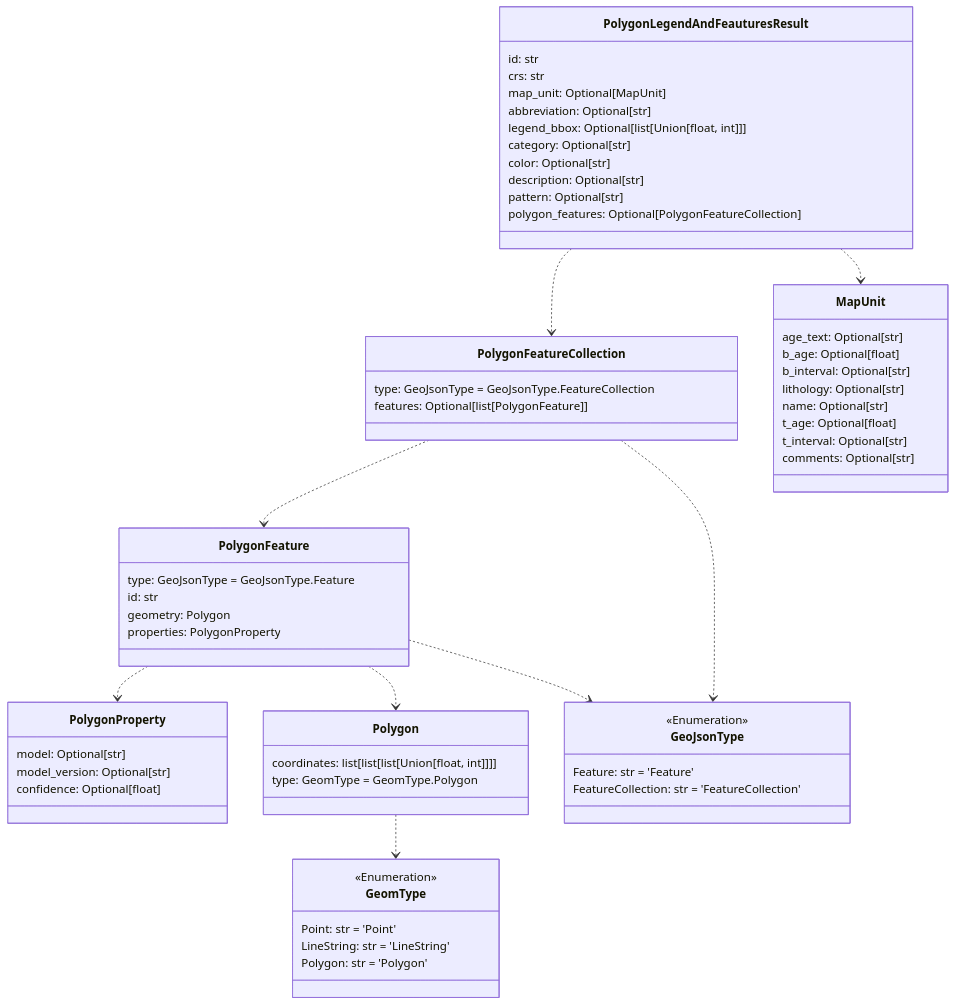
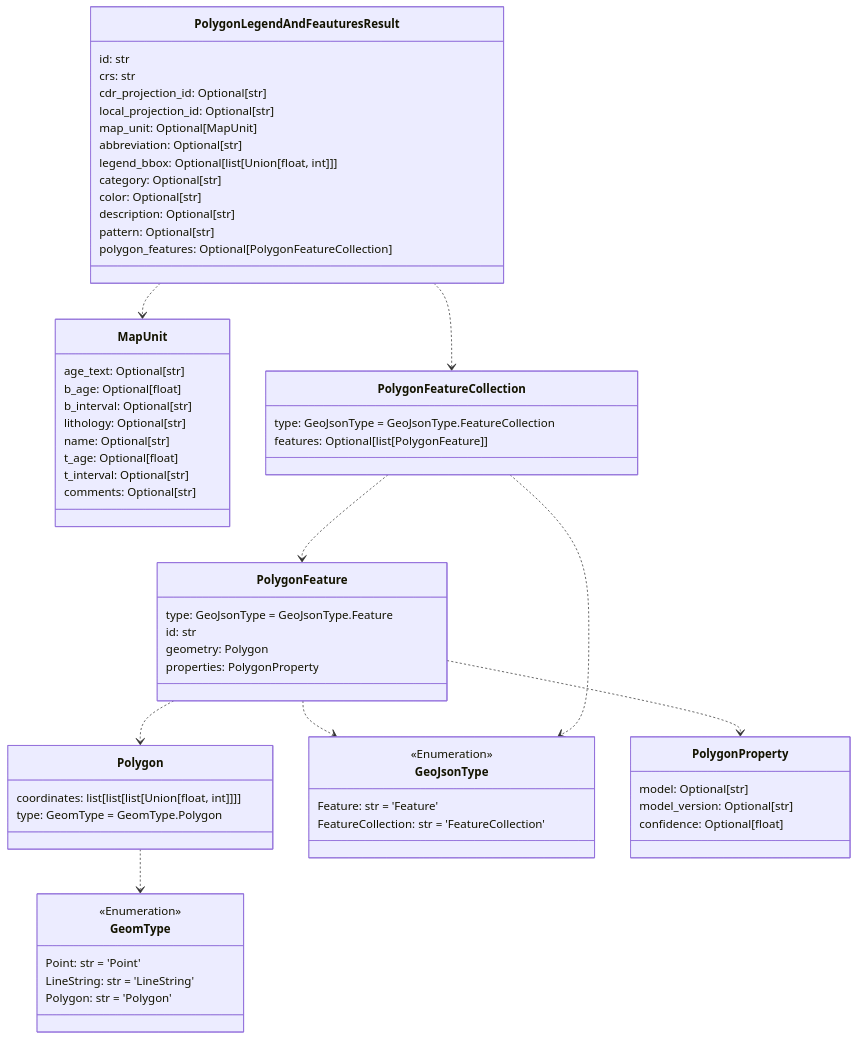
Before and after one commit to DARPA-CRITICALMAAS/cdr_schemas: the sixth of 6 diagrams in README.md, drawn with Mermaid. The commit also changed other lines of this file and 4 other files, not shown here.

````diff
--- a/README.md
+++ b/README.md
@@ -409,74 +420,76 @@
 ```mermaid
 classDiagram
 
-    class PolygonProperty {
-        model: Optional[str]
-        model_version: Optional[str]
-        confidence: Optional[float]
+    class PolygonFeature {
+        type: GeoJsonType = GeoJsonType.Feature
+        id: str
+        geometry: Polygon
+        properties: PolygonProperty
+    }
+
+    class PolygonLegendAndFeauturesResult {
+        id: str
+        crs: str
+        cdr_projection_id: Optional[str]
+        local_projection_id: Optional[str]
+        map_unit: Optional[MapUnit]
+        abbreviation: Optional[str]
+        legend_bbox: Optional[list[Union[float, int]]]
+        category: Optional[str]
+        color: Optional[str]
+        description: Optional[str]
+        pattern: Optional[str]
+        polygon_features: Optional[PolygonFeatureCollection]
     }
 
     class Polygon {
         coordinates: list[list[list[Union[float, int]]]]
         type: GeomType = GeomType.Polygon
-    }
-
-    class PolygonFeatureCollection {
-        type: GeoJsonType = GeoJsonType.FeatureCollection
-        features: Optional[list[PolygonFeature]]
-    }
-
-    class GeoJsonType {
-        <<Enumeration>>
-        Feature: str = 'Feature'
-        FeatureCollection: str = 'FeatureCollection'
     }
 
     class MapUnit {
         age_text: Optional[str]
         b_age: Optional[float]
         b_interval: Optional[str]
         lithology: Optional[str]
         name: Optional[str]
         t_age: Optional[float]
         t_interval: Optional[str]
         comments: Optional[str]
     }
 
-    class PolygonFeature {
-        type: GeoJsonType = GeoJsonType.Feature
-        id: str
-        geometry: Polygon
-        properties: PolygonProperty
-    }
-
-    class PolygonLegendAndFeauturesResult {
-        id: str
-        crs: str
-        map_unit: Optional[MapUnit]
-        abbreviation: Optional[str]
-        legend_bbox: Optional[list[Union[float, int]]]
-        category: Optional[str]
-        color: Optional[str]
-        description: Optional[str]
-        pattern: Optional[str]
-        polygon_features: Optional[PolygonFeatureCollection]
-    }
-
     class GeomType {
         <<Enumeration>>
         Point: str = 'Point'
         LineString: str = 'LineString'
         Polygon: str = 'Polygon'
     }
 
+    class GeoJsonType {
+        <<Enumeration>>
+        Feature: str = 'Feature'
+        FeatureCollection: str = 'FeatureCollection'
+    }
+
+    class PolygonProperty {
+        model: Optional[str]
+        model_version: Optional[str]
+        confidence: Optional[float]
+    }
+
+    class PolygonFeatureCollection {
+        type: GeoJsonType = GeoJsonType.FeatureCollection
+        features: Optional[list[PolygonFeature]]
+    }
+
     Polygon ..> GeomType
     PolygonFeature ..> GeoJsonType
     PolygonFeature ..> PolygonProperty
     PolygonFeature ..> Polygon
+    PolygonFeatureCollection ..> PolygonFeature
     PolygonFeatureCollection ..> GeoJsonType
-    PolygonFeatureCollection ..> PolygonFeature
     PolygonLegendAndFeauturesResult ..> MapUnit
     PolygonLegendAndFeauturesResult ..> PolygonFeatureCollection
 
 
 ```
````
